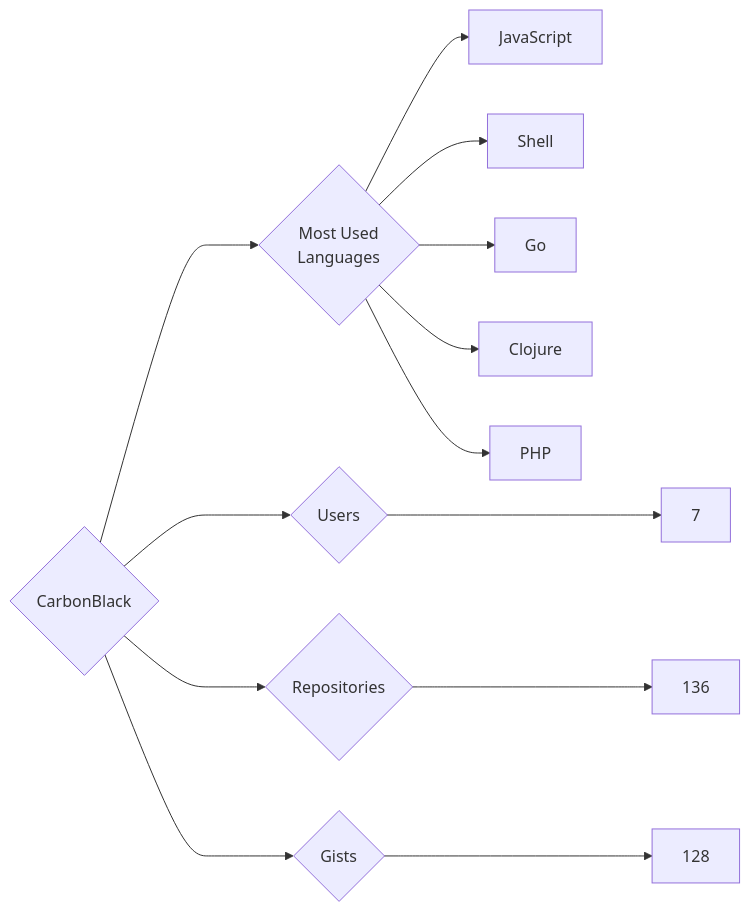
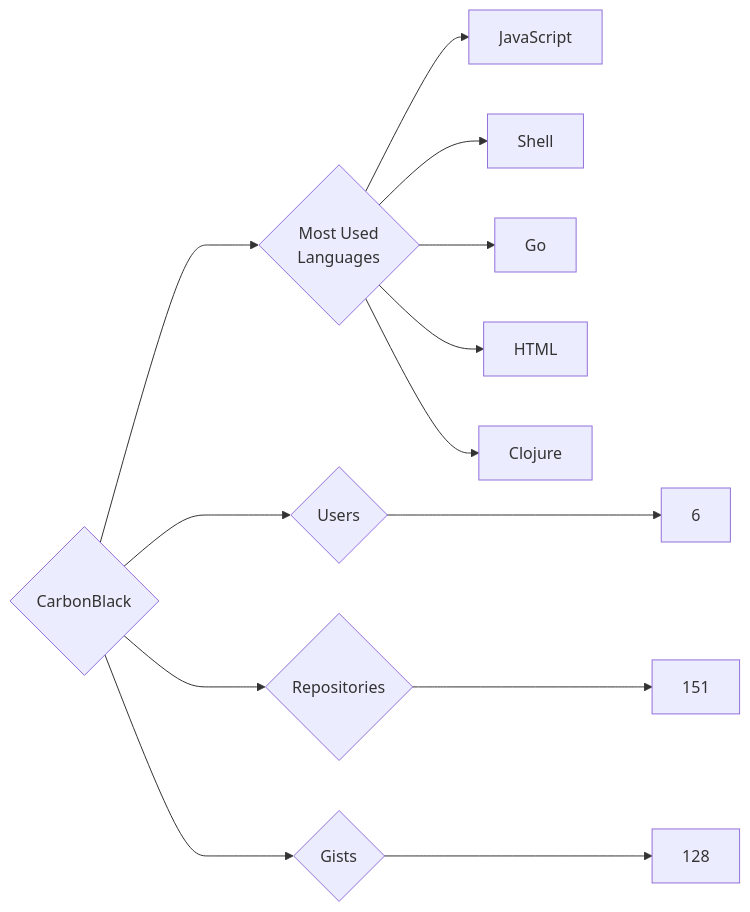
One commit to trickest/insiders changed the diagram in targets/CarbonBlack/README.md. Above: the diagram before and after it, drawn with Mermaid. The commit also changed 1170 other files, not shown here.

````diff
--- a/targets/CarbonBlack/README.md
+++ b/targets/CarbonBlack/README.md
@@ -3,13 +3,13 @@
 ```mermaid
 graph LR
 COMPANY_NAME{CarbonBlack}
-COMPANY_NAME ---> U{Users} ---> UN[7]
-COMPANY_NAME ---> R{Repositories} ---> RN[136]
+COMPANY_NAME ---> U{Users} ---> UN[6]
+COMPANY_NAME ---> R{Repositories} ---> RN[151]
 COMPANY_NAME ---> G{Gists} ---> GN[128]
 COMPANY_NAME ---> ML{Most Used<br>Languages}
 ML --> JavaScript[JavaScript]
 ML --> Shell[Shell]
 ML --> Go[Go]
+ML --> HTML[HTML]
 ML --> Clojure[Clojure]
-ML --> PHP[PHP]
 ```
````
